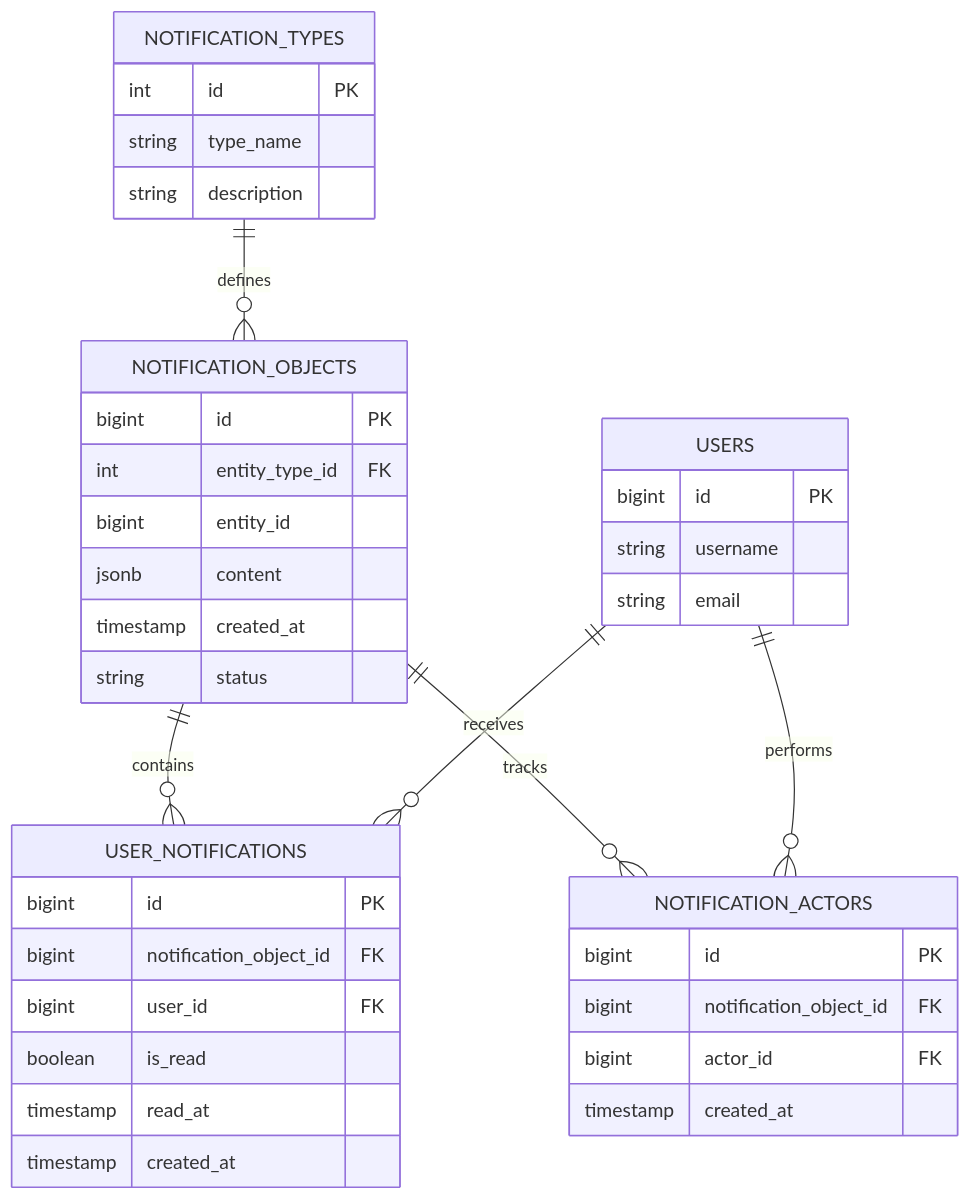
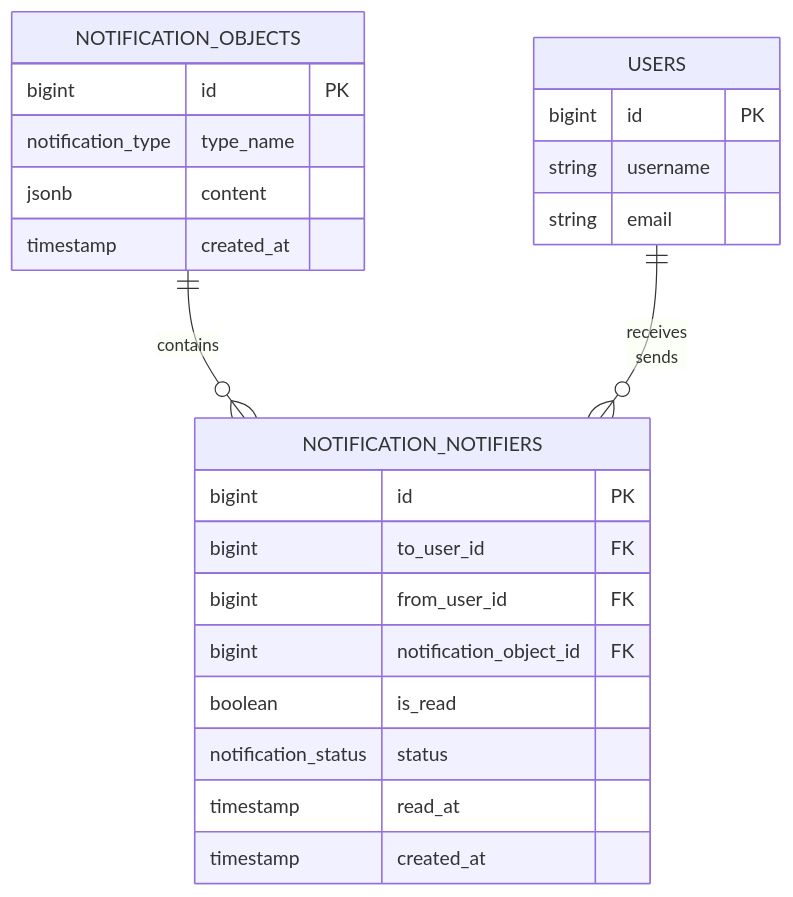
Before and after one commit to Tablerase/42_Matcha: the second of 2 diagrams in README.md, drawn with Mermaid. The commit also changed other lines of this file and 15 other files, not shown here.

First line of the commit message:
Feat: notification system schema and creation of database notif item

````diff
--- a/README.md
+++ b/README.md
@@ -71,45 +71,29 @@
 ```mermaid
 erDiagram
-    NOTIFICATION_TYPES ||--o{ NOTIFICATION_OBJECTS : defines
-    NOTIFICATION_OBJECTS ||--o{ USER_NOTIFICATIONS : contains
-    NOTIFICATION_OBJECTS ||--o{ NOTIFICATION_ACTORS : tracks
-    USERS ||--o{ USER_NOTIFICATIONS : receives
-    USERS ||--o{ NOTIFICATION_ACTORS : performs
-
-    NOTIFICATION_TYPES {
-        int id PK
-        string type_name
-        string description
-    }
+    NOTIFICATION_OBJECTS ||--o{ NOTIFICATION_NOTIFIERS : contains
+    USERS ||--o{ NOTIFICATION_NOTIFIERS : "receives<br />sends"
 
     NOTIFICATION_OBJECTS {
         bigint id PK
-        int entity_type_id FK
-        bigint entity_id
+        notification_type type_name
         jsonb content
-        timestamp created_at
-        string status
-    }
-
-    USER_NOTIFICATIONS {
-        bigint id PK
-        bigint notification_object_id FK
-        bigint user_id FK
-        boolean is_read
-        timestamp read_at
         timestamp created_at
     }
 
-    NOTIFICATION_ACTORS {
+    NOTIFICATION_NOTIFIERS {
         bigint id PK
+        bigint to_user_id FK
+        bigint from_user_id FK
         bigint notification_object_id FK
-        bigint actor_id FK
+        boolean is_read
+        notification_status status
+        timestamp read_at
         timestamp created_at
     }
 
     USERS {
         bigint id PK
         string username
         string email
     }
 ```
````
